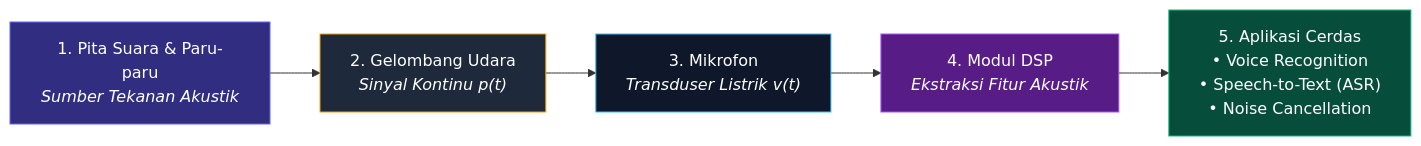
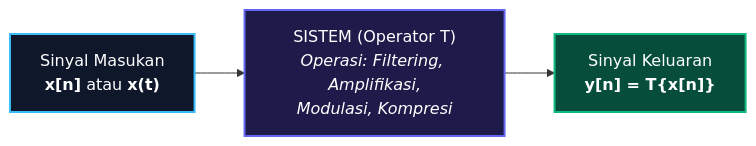
Before and after one commit to wheresabuy/PSD: the second of 4 diagrams in README.md, drawn with Mermaid. The commit also changed other lines of this file, not shown here.

Commit message:
Add Bab 2: Konsep Dasar & Klasifikasi Sistem Pengolahan Sinyal

````diff
--- a/README.md
+++ b/README.md
@@ -113,13 +89,8 @@
 ```mermaid
-flowchart LR
-    PitaSuara["1. Pita Suara & Paru-paru<br><i>Sumber Tekanan Akustik</i>"] --> Udara["2. Gelombang Udara<br><i>Sinyal Kontinu p(t)</i>"]
-    Udara --> Mic["3. Mikrofon<br><i>Transduser Listrik v(t)</i>"]
-    Mic --> DSP["4. Modul DSP<br><i>Ekstraksi Fitur Akustik</i>"]
-    DSP --> Output["5. Aplikasi Cerdas<br>• Voice Recognition<br>• Speech-to-Text (ASR)<br>• Noise Cancellation"]
-
-    style PitaSuara fill:#312e81,stroke:#6366f1,color:#fff
-    style Udara fill:#1e293b,stroke:#f59e0b,color:#fff
-    style Mic fill:#0f172a,stroke:#38bdf8,color:#fff
-    style DSP fill:#581c87,stroke:#a855f7,color:#fff
-    style Output fill:#064e3b,stroke:#10b981,color:#fff
+graph LR
+    Input["Sinyal Masukan<br><b>x[n]</b> atau <b>x(t)</b>"] --> Trans["SISTEM (Operator T)<br><i>Operasi: Filtering, Amplifikasi,<br>Modulasi, Kompresi</i>"] --> Output["Sinyal Keluaran<br><b>y[n] = T{x[n]}</b>"]
+    
+    style Input fill:#0f172a,stroke:#38bdf8,stroke-width:2px,color:#fff
+    style Trans fill:#1e1b4b,stroke:#6366f1,stroke-width:2px,color:#fff
+    style Output fill:#064e3b,stroke:#10b981,stroke-width:2px,color:#fff
 ```
````
